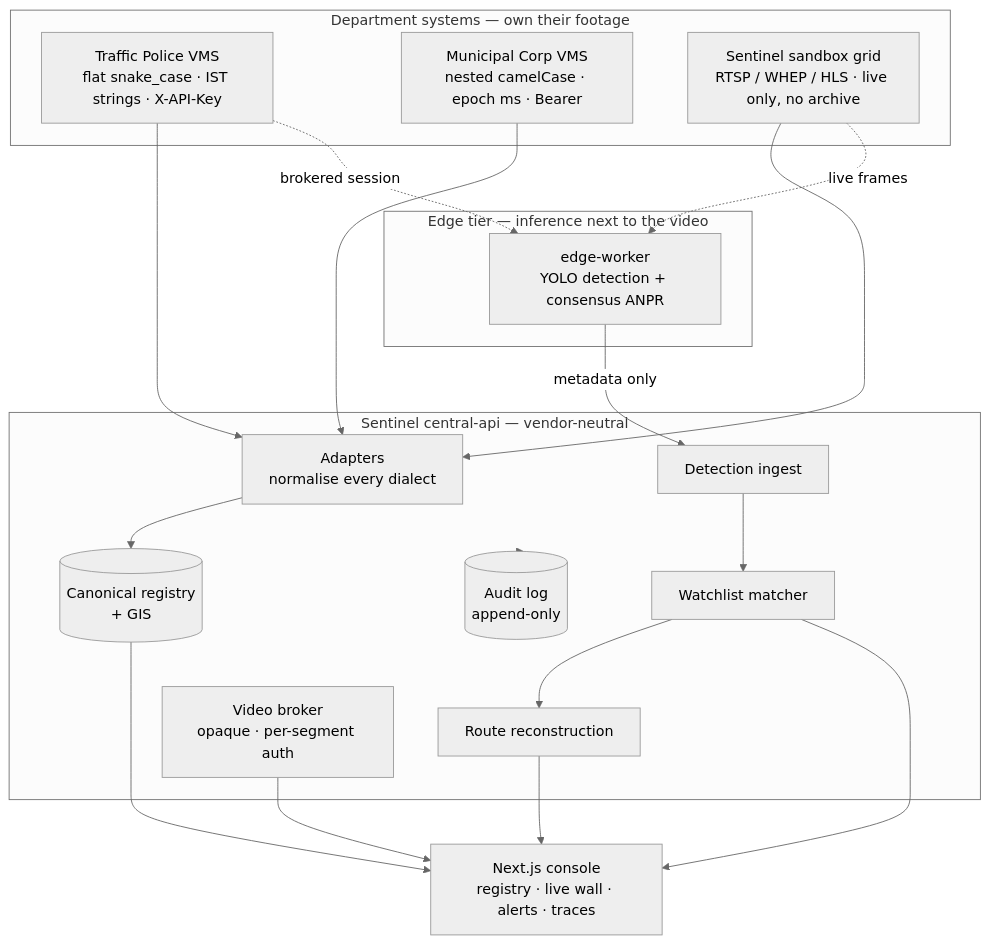
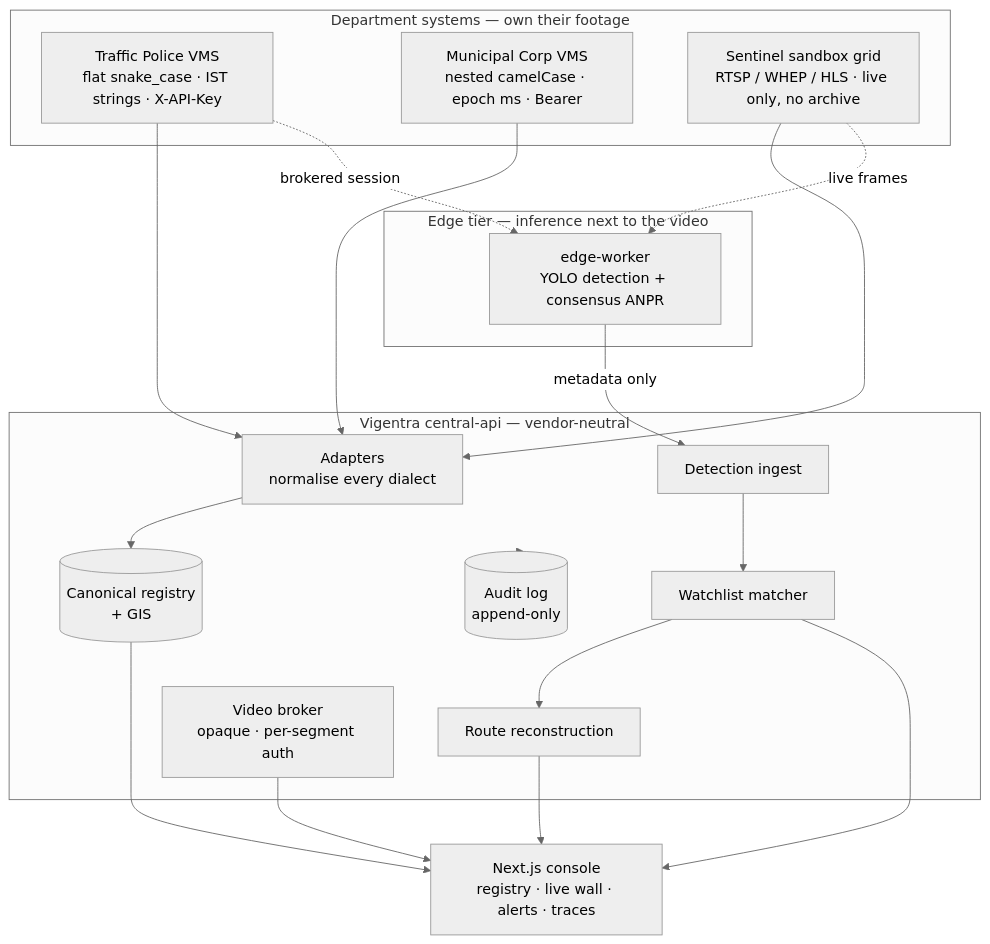
One commit to rewardix-ai/vigentra changed the diagram in docs/hld.md. Above: the diagram before and after it, drawn with Mermaid (neutral theme). The commit also changed other lines of this file and 107 other files, not shown here.

````diff
--- a/docs/hld.md
+++ b/docs/hld.md
@@ -68,39 +68,39 @@
 ```mermaid
 flowchart TB
     subgraph DEPT["Department systems — own their footage"]
         T[Traffic Police VMS<br/>flat snake_case · IST strings · X-API-Key]
         M[Municipal Corp VMS<br/>nested camelCase · epoch ms · Bearer]
         G[Sentinel sandbox grid<br/>RTSP / WHEP / HLS · live only, no archive]
     end
 
     subgraph EDGE["Edge tier — inference next to the video"]
         W[edge-worker<br/>YOLO detection + consensus ANPR]
     end
 
-    subgraph CENTRAL["Sentinel central-api — vendor-neutral"]
+    subgraph CENTRAL["Vigentra central-api — vendor-neutral"]
         AD[Adapters<br/>normalise every dialect]
         REG[(Canonical registry<br/>+ GIS)]
         ING[Detection ingest]
         MATCH[Watchlist matcher]
         TRACK[Route reconstruction]
         BROKER[Video broker<br/>opaque · per-segment auth]
         AUD[(Audit log<br/>append-only)]
     end
 
     DASH[Next.js console<br/>registry · live wall · alerts · traces]
 
     T --> AD
     M --> AD
     G --> AD
     AD --> REG
     G -.live frames.-> W
     T -.brokered session.-> W
     W -->|metadata only| ING
     ING --> MATCH
     MATCH --> TRACK
     REG --> DASH
     MATCH --> DASH
     TRACK --> DASH
     BROKER --> DASH
     CENTRAL --> AUD
 ```
````
